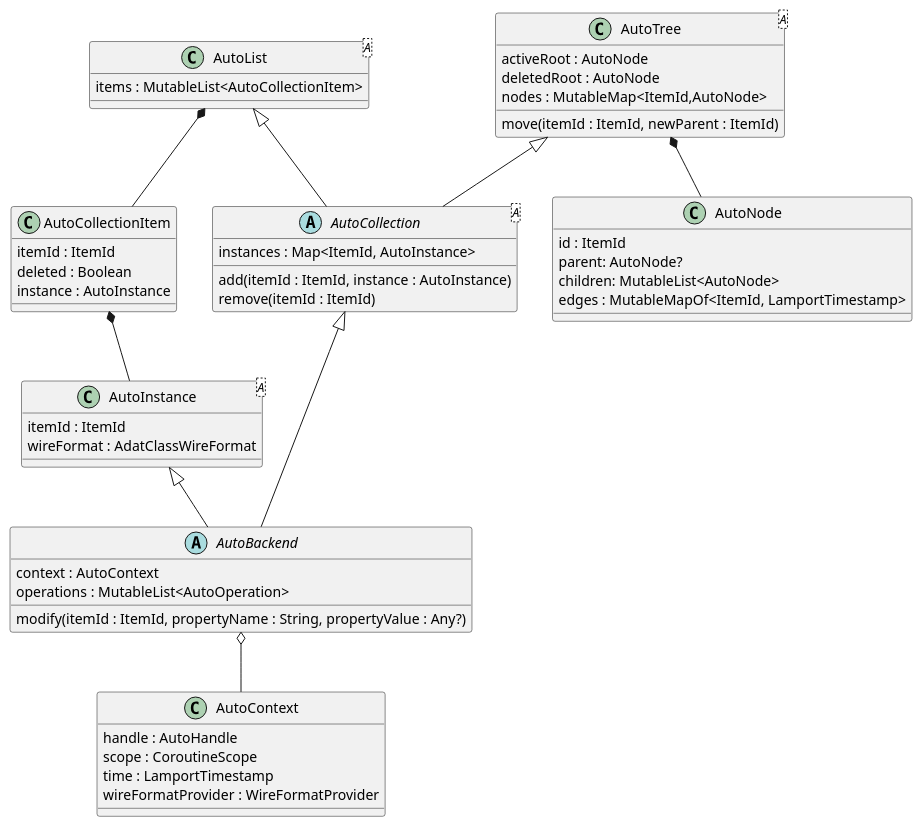
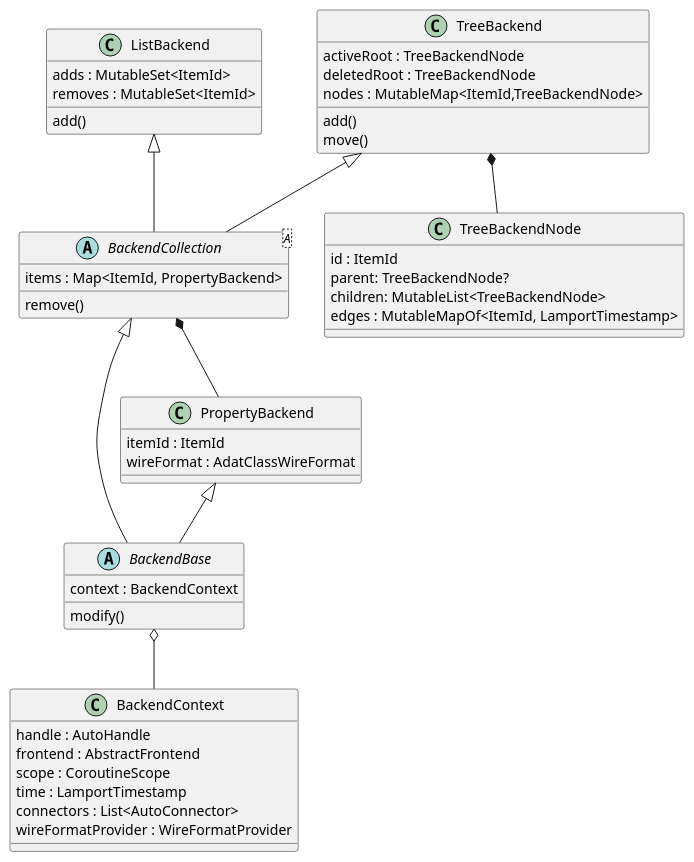
One commit to spxbhuhb/adaptive changed the diagram in doc/auto/classes.puml. Above: the diagram before and after it, drawn with PlantUML. The commit also changed 25 other files, not shown here.

Commit message:
auto list backend progress

```diff
--- a/doc/auto/classes.puml
+++ b/doc/auto/classes.puml
@@ -1,58 +1,56 @@
 @startuml
 
-class AutoContext {
+class BackendContext {
     handle : AutoHandle
+    frontend : AbstractFrontend
     scope : CoroutineScope
     time : LamportTimestamp
+    connectors : List<AutoConnector>
     wireFormatProvider : WireFormatProvider
 }
 
-abstract AutoBackend {
-    context : AutoContext
-    operations : MutableList<AutoOperation>
-    modify(itemId : ItemId, propertyName : String, propertyValue : Any?)
+abstract BackendBase {
+    context : BackendContext
+    modify()
 }
-AutoBackend o-- AutoContext
+BackendBase o-- BackendContext
 
-abstract AutoCollection<A> {
-    instances : Map<ItemId, AutoInstance>
-    add(itemId : ItemId, instance : AutoInstance)
-    remove(itemId : ItemId)
-}
-AutoCollection <|-- AutoBackend
-
-class AutoInstance<A> {
+class PropertyBackend {
     itemId : ItemId
     wireFormat : AdatClassWireFormat
 }
-AutoInstance <|-- AutoBackend
+PropertyBackend <|-- BackendBase
 
-class AutoCollectionItem {
-    itemId : ItemId
-    deleted : Boolean
-    instance : AutoInstance
+abstract BackendCollection<A> {
+    items : Map<ItemId, PropertyBackend>
+    remove()
 }
-AutoCollectionItem *-- AutoInstance
+BackendCollection <|-- BackendBase
+BackendCollection *-- PropertyBackend
 
-class AutoList<A> {
-    items : MutableList<AutoCollectionItem>
+class ListBackend {
+    adds : MutableSet<ItemId>
+    removes : MutableSet<ItemId>
+    add()
 }
 
-AutoList <|-- AutoCollection
-AutoList *-- AutoCollectionItem
-class AutoTree<A> {
-    activeRoot : AutoNode
-    deletedRoot : AutoNode
-    nodes : MutableMap<ItemId,AutoNode>
-    move(itemId : ItemId, newParent : ItemId)
+ListBackend <|-- BackendCollection
+
+class TreeBackend {
+    activeRoot : TreeBackendNode
+    deletedRoot : TreeBackendNode
+    nodes : MutableMap<ItemId,TreeBackendNode>
+    add()
+    move()
 }
-AutoTree <|-- AutoCollection
-AutoTree *-- AutoNode
+TreeBackend <|-- BackendCollection
+TreeBackend *-- TreeBackendNode
 
-class AutoNode {
+class TreeBackendNode {
     id : ItemId
-    parent: AutoNode?
-    children: MutableList<AutoNode>
+    parent: TreeBackendNode?
+    children: MutableList<TreeBackendNode>
     edges : MutableMapOf<ItemId, LamportTimestamp>
 }
+
 @enduml
```
